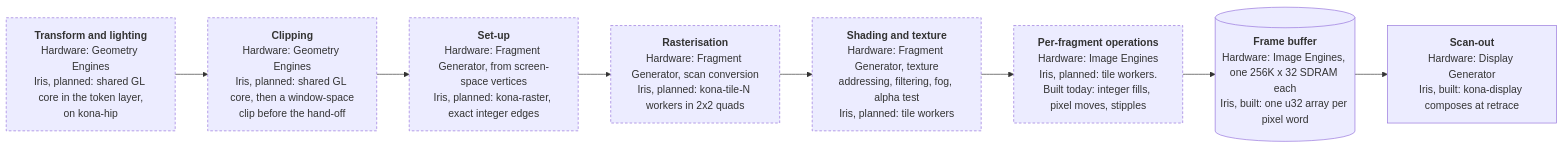
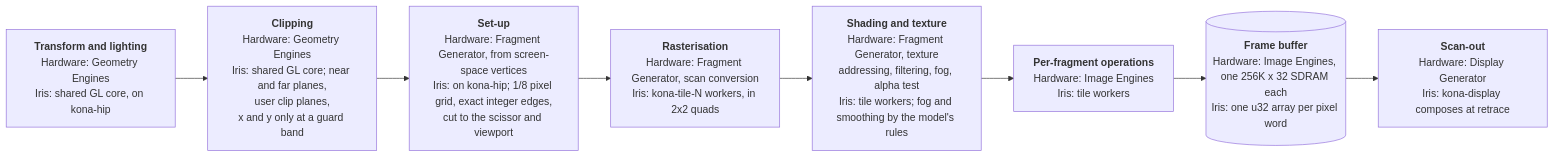
The first of 3 diagrams in docs/graphics/kona.md (techomancer/iris), drawn with Mermaid before and after one commit. The commit also changed other lines of this file and 4 other files, not shown here.

````diff
--- a/docs/graphics/kona.md
+++ b/docs/graphics/kona.md
@@ -79,14 +17,12 @@
 ```mermaid
 flowchart LR
-  A["<b>Transform and lighting</b><br/>Hardware: Geometry Engines<br/>Iris, planned: shared GL core in the token layer,<br/>on kona-hip"]
-  B["<b>Clipping</b><br/>Hardware: Geometry Engines<br/>Iris, planned: shared GL core, then a window-space<br/>clip before the hand-off"]
-  C["<b>Set-up</b><br/>Hardware: Fragment Generator, from screen-space vertices<br/>Iris, planned: kona-raster, exact integer edges"]
-  D["<b>Rasterisation</b><br/>Hardware: Fragment Generator, scan conversion<br/>Iris, planned: kona-tile-N workers in 2x2 quads"]
-  E["<b>Shading and texture</b><br/>Hardware: Fragment Generator, texture<br/>addressing, filtering, fog, alpha test<br/>Iris, planned: tile workers"]
-  G["<b>Per-fragment operations</b><br/>Hardware: Image Engines<br/>Iris, planned: tile workers.<br/>Built today: integer fills, pixel moves, stipples"]
-  H[("<b>Frame buffer</b><br/>Hardware: Image Engines, one 256K x 32 SDRAM each<br/>Iris, built: one u32 array per pixel word")]
-  I["<b>Scan-out</b><br/>Hardware: Display Generator<br/>Iris, built: kona-display composes at retrace"]
+  A["<b>Transform and lighting</b><br/>Hardware: Geometry Engines<br/>Iris: shared GL core, on kona-hip"]
+  B["<b>Clipping</b><br/>Hardware: Geometry Engines<br/>Iris: shared GL core; near and far planes,<br/>user clip planes,<br/>x and y only at a guard band"]
+  C["<b>Set-up</b><br/>Hardware: Fragment Generator, from screen-space vertices<br/>Iris: on kona-hip; 1/8 pixel grid, exact integer edges,<br/>cut to the scissor and viewport"]
+  D["<b>Rasterisation</b><br/>Hardware: Fragment Generator, scan conversion<br/>Iris: kona-tile-N workers, in 2x2 quads"]
+  E["<b>Shading and texture</b><br/>Hardware: Fragment Generator, texture<br/>addressing, filtering, fog, alpha test<br/>Iris: tile workers; fog and smoothing by the model's rules"]
+  G["<b>Per-fragment operations</b><br/>Hardware: Image Engines<br/>Iris: tile workers"]
+  H[("<b>Frame buffer</b><br/>Hardware: Image Engines, one 256K x 32 SDRAM each<br/>Iris: one u32 array per pixel word")]
+  I["<b>Scan-out</b><br/>Hardware: Display Generator<br/>Iris: kona-display composes at retrace"]
   A --> B --> C --> D --> E --> G --> H --> I
-  classDef planned stroke-dasharray: 4 3
-  class A,B,C,D,E,G planned
 ```
````
